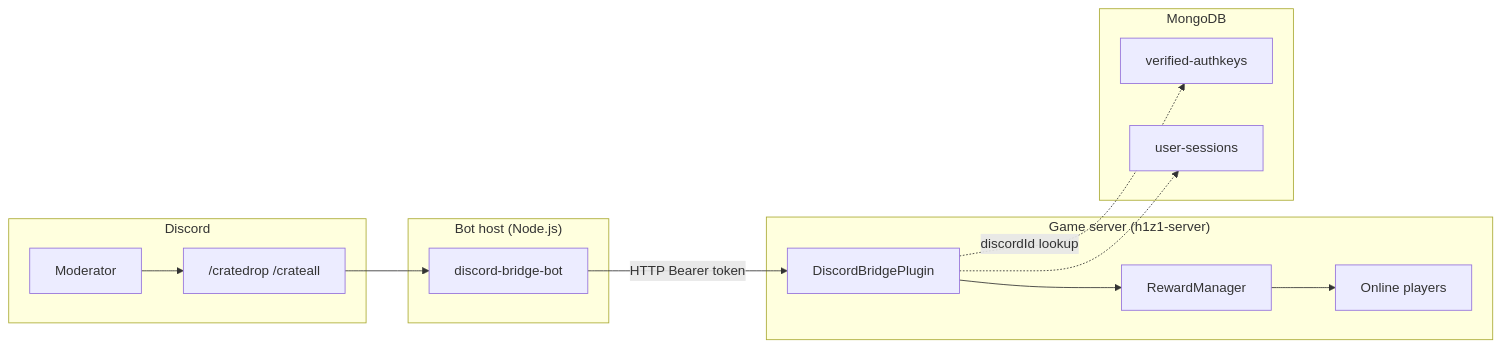
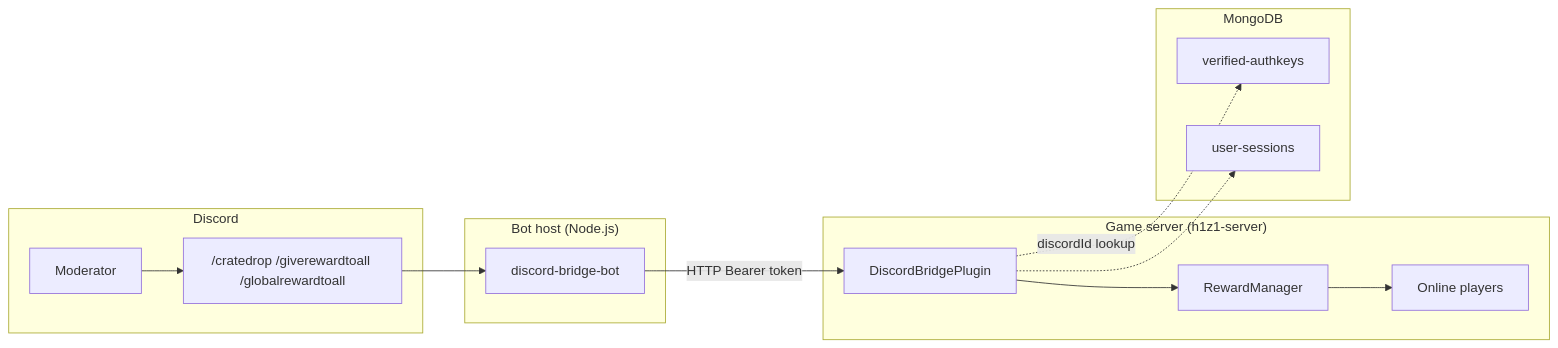
Before and after one commit to PeepJS/h1emu-discord-bridge: the first of 2 diagrams in README.md, drawn with Mermaid. The commit also changed other lines of this file and 6 other files, not shown here.

````diff
--- a/README.md
+++ b/README.md
@@ -58,28 +58,28 @@
 ```mermaid
 flowchart LR
   subgraph Discord
     Mod[Moderator]
-    Slash["/cratedrop /crateall"]
+    Slash["/cratedrop /giverewardtoall /globalrewardtoall"]
   end
 
   subgraph BotHost["Bot host (Node.js)"]
     Bot[discord-bridge-bot]
   end
 
   subgraph GameHost["Game server (h1z1-server)"]
     Plugin[DiscordBridgePlugin]
     RM[RewardManager]
     Clients[Online players]
   end
 
   subgraph MongoDB
     Verified[verified-authkeys]
     Sessions[user-sessions]
   end
 
   Mod --> Slash --> Bot
   Bot -->|"HTTP Bearer token"| Plugin
   Plugin --> RM --> Clients
   Plugin -.->|"discordId lookup"| Verified
   Plugin -.-> Sessions
 ```
````
